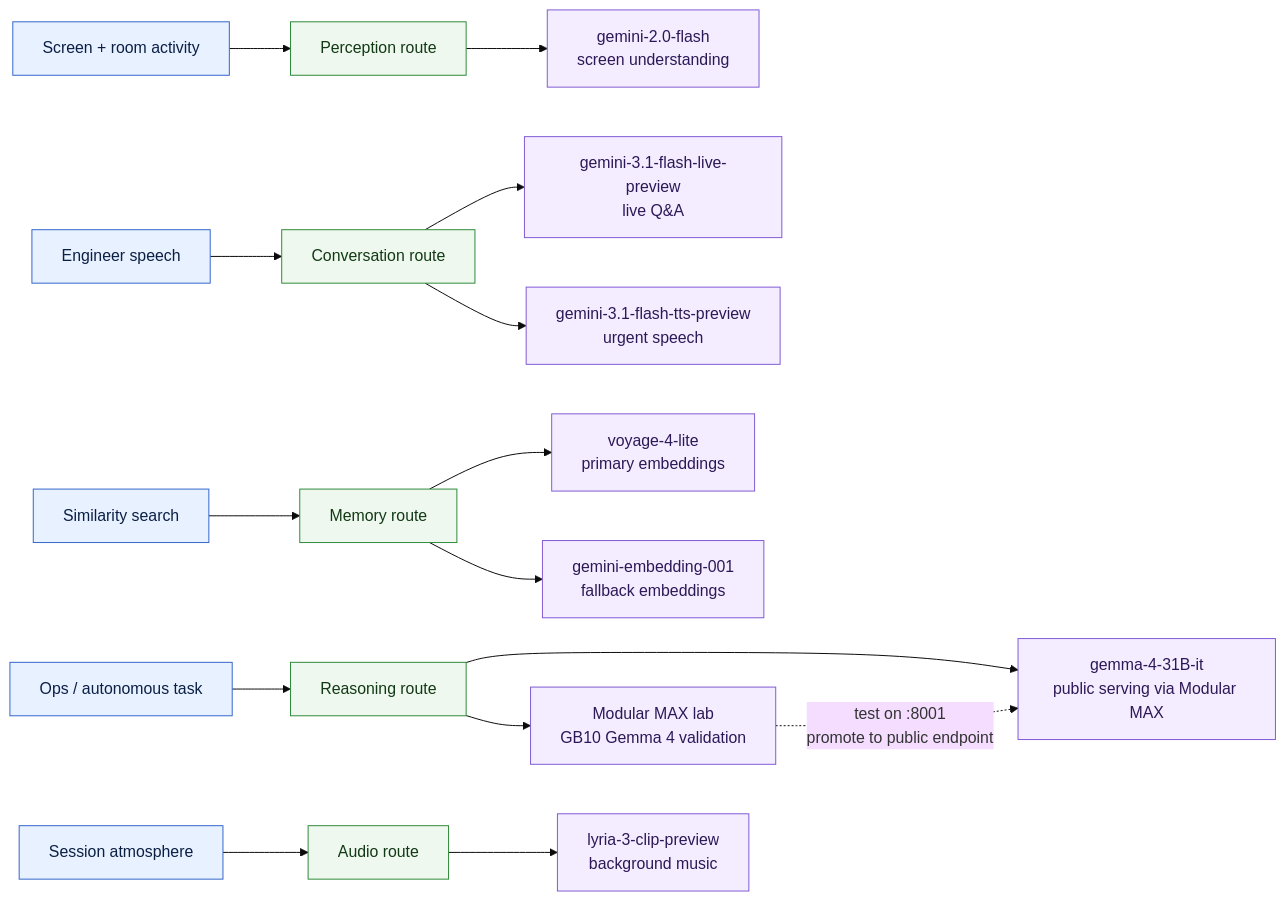
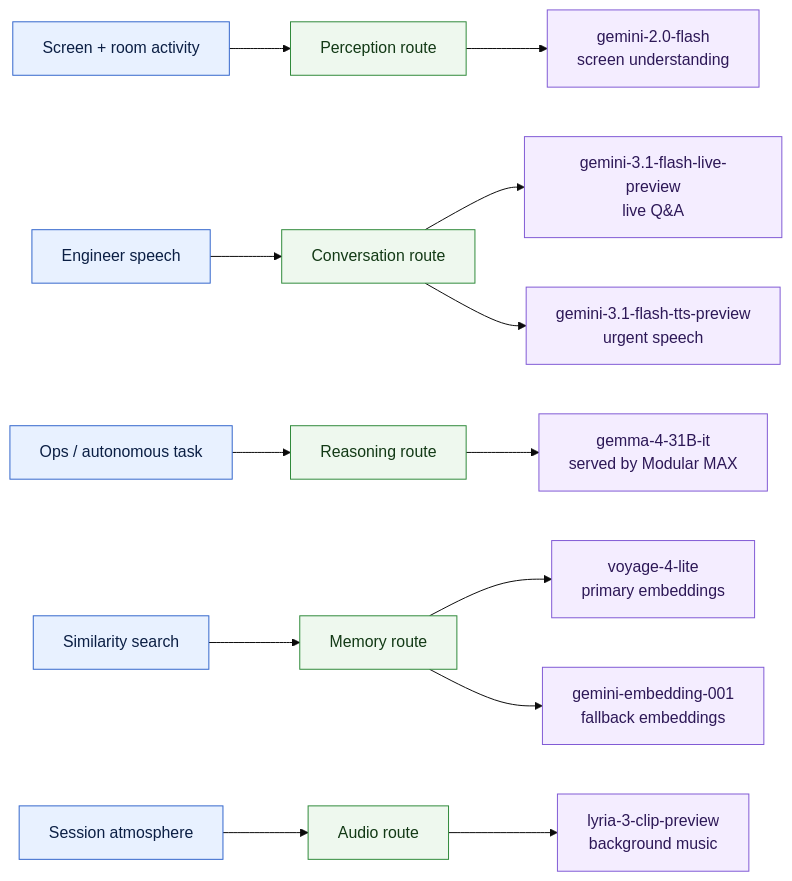
One commit to karti-ai/podman changed the third of 6 diagrams in README.md. Above: the diagram before and after it, drawn with Mermaid (base theme). The commit also changed other lines of this file, not shown here.

Commit message:
docs: simplify Modular MAX README

````diff
--- a/README.md
+++ b/README.md
@@ -152,25 +146,23 @@
 ```mermaid
 flowchart LR
   Work["Screen + room activity"] --> VisionRoute["Perception route"]
   VoiceInput["Engineer speech"] --> ConversationRoute["Conversation route"]
   OpsNeed["Ops / autonomous task"] --> HermesRoute["Reasoning route"]
   MemoryNeed["Similarity search"] --> EmbedRoute["Memory route"]
   Ambient["Session atmosphere"] --> MusicRoute["Audio route"]
 
   VisionRoute --> Gemini20["gemini-2.0-flash<br/>screen understanding"]
   ConversationRoute --> GeminiLive["gemini-3.1-flash-live-preview<br/>live Q&A"]
   ConversationRoute --> GeminiTTS["gemini-3.1-flash-tts-preview<br/>urgent speech"]
-  HermesRoute --> Gemma["gemma-4-31B-it<br/>public serving via Modular MAX"]
-  HermesRoute --> Max["Modular MAX lab<br/>GB10 Gemma 4 validation"]
-  Max -. "test on :8001<br/>promote to public endpoint" .-> Gemma
+  HermesRoute --> Gemma["gemma-4-31B-it<br/>served by Modular MAX"]
   EmbedRoute --> Voyage["voyage-4-lite<br/>primary embeddings"]
   EmbedRoute --> GeminiEmbed["gemini-embedding-001<br/>fallback embeddings"]
   MusicRoute --> Lyria["lyria-3-clip-preview<br/>background music"]
 
   classDef signal fill:#e8f1ff,stroke:#3366cc,color:#0b1f44;
   classDef route fill:#eef8ee,stroke:#2f8a3a,color:#123915;
   classDef model fill:#f4edff,stroke:#805ad5,color:#2d1857;
   class Work,VoiceInput,OpsNeed,MemoryNeed,Ambient signal;
   class VisionRoute,ConversationRoute,HermesRoute,EmbedRoute,MusicRoute route;
-  class Gemini20,GeminiLive,GeminiTTS,Gemma,Max,Voyage,GeminiEmbed,Lyria model;
+  class Gemini20,GeminiLive,GeminiTTS,Gemma,Voyage,GeminiEmbed,Lyria model;
 ```
````
